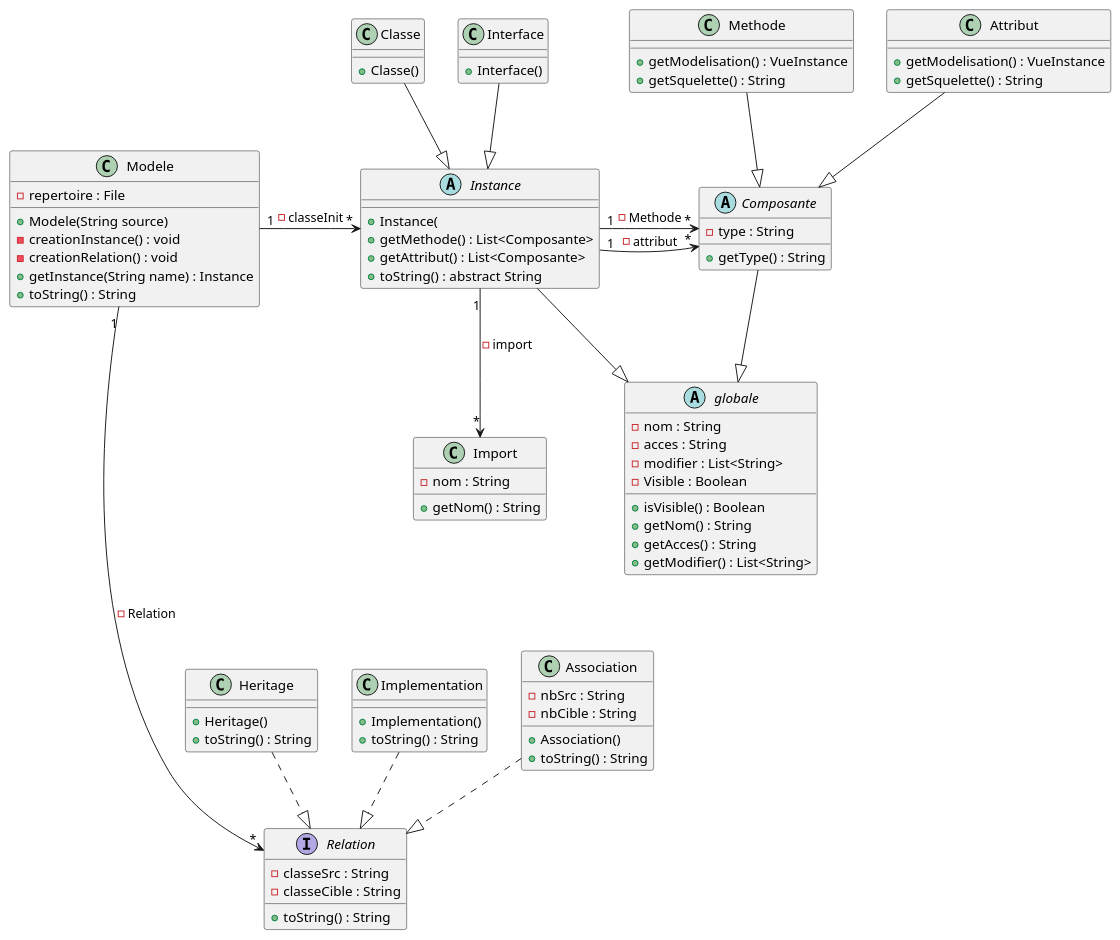
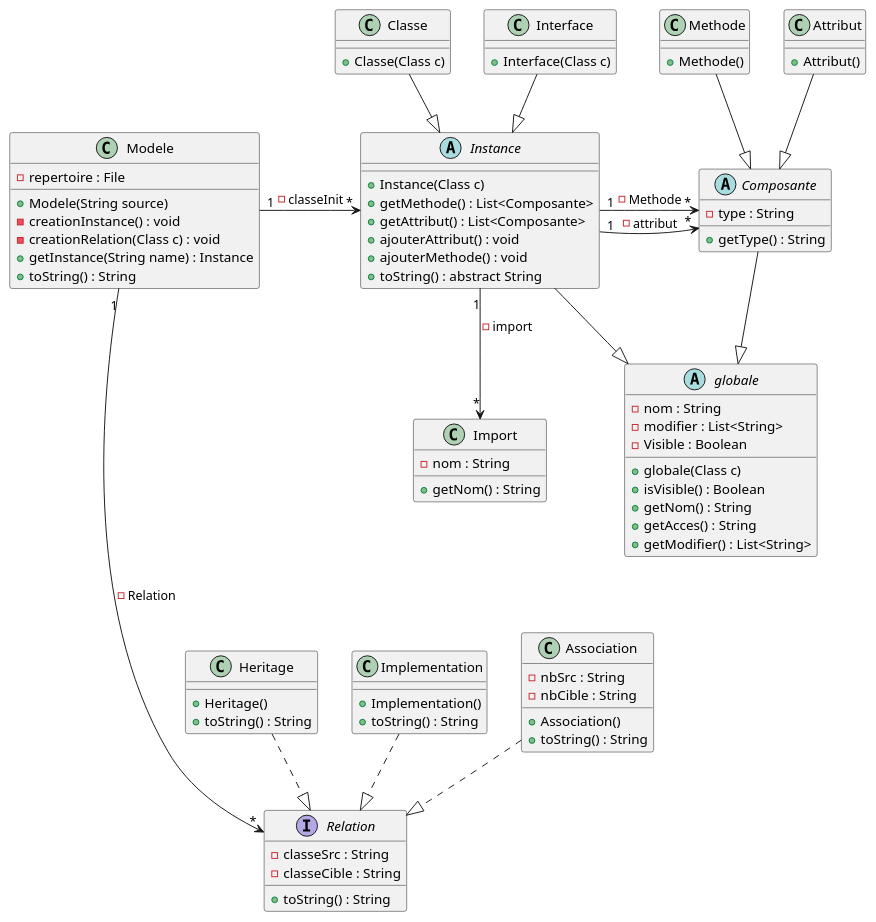
The diagram in demo/Conception/Sprint_1/Class.puml (Cedran-Bastien/GENERATION-AUTOMATIQUE-DE-DIAGRAMME-DE-CLASSES), drawn with PlantUML before and after one commit. The commit also changed 5 other files, not shown here.

```diff
--- a/demo/Conception/Sprint_1/Class.puml
+++ b/demo/Conception/Sprint_1/Class.puml
@@ -1,98 +1,98 @@
 @startuml
 'https://plantuml.com/sequence-diagram
 
 abstract Instance{
-    +Instance(
+    +Instance(Class c)
     +getMethode() : List<Composante>
     +getAttribut() : List<Composante>
+    +ajouterAttribut() : void
+    +ajouterMethode() : void
     +toString() : abstract String
 }
 
 class Classe{
-    +Classe()
+    +Classe(Class c)
 }
 
 class Interface{
-    +Interface()
+    +Interface(Class c)
 }
 
 abstract Composante{
     -type : String
     +getType() : String
 }
 
 class Methode{
-    +getModelisation() : VueInstance
-    +getSquelette() : String
+    +Methode()
 }
 
 class Attribut{
-    +getModelisation() : VueInstance
-    +getSquelette() : String
+    +Attribut()
 }
 
 class Import{
     -nom : String
     +getNom() : String
 }
 
 class Modele{
     -repertoire : File
     +Modele(String source)
     -creationInstance() : void
-    -creationRelation() : void
+    -creationRelation(Class c) : void
     +getInstance(String name) : Instance
     +toString() : String
 }
 
 interface Relation{
     -classeSrc : String
     -classeCible : String
     +toString() : String
 }
 
 class Heritage{
     +Heritage()
     +toString() : String
 }
 
 class Implementation{
     +Implementation()
     +toString() : String
 }
 
 class Association {
     -nbSrc : String
     -nbCible : String
     +Association()
     +toString() : String
 }
 
 abstract globale{
     -nom : String
-    -acces : String
     -modifier : List<String>
     -Visible : Boolean
+    +globale(Class c)
     +isVisible() : Boolean
     +getNom() : String
     +getAcces() : String
     +getModifier() : List<String>
 }
 
 
 Instance--|>globale
 Composante--|>globale
 Modele "1" -> "*" Instance  : -classeInit
 Instance "1" -> "*" Composante : -attribut
 Instance "1" -> "*" Composante : -Methode
 Instance "1" --> "*" Import : -import
 Classe --|> Instance
 Interface --|> Instance
 Methode --|> Composante
 Attribut --|> Composante
 Modele "1" ----> "*"  Relation : -Relation
 Association ..|> Relation
 Heritage ..|> Relation
 Implementation ..|> Relation
 
 @enduml
```
